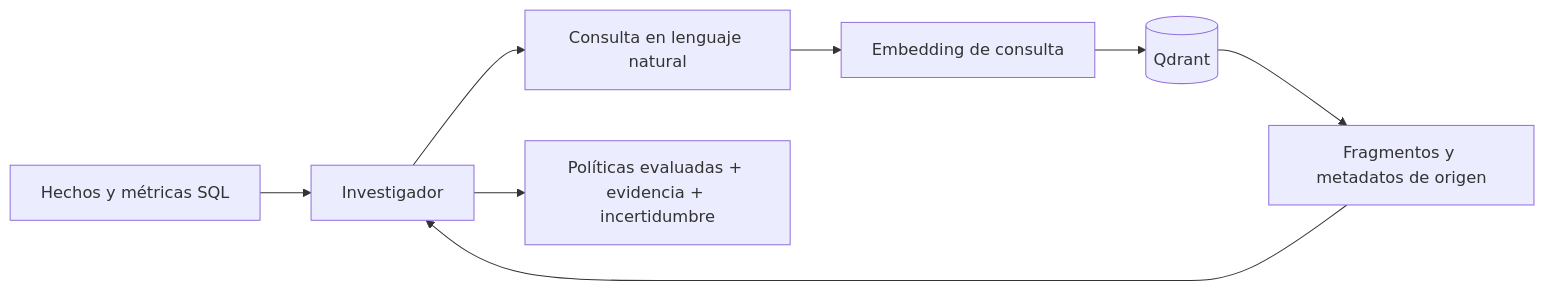
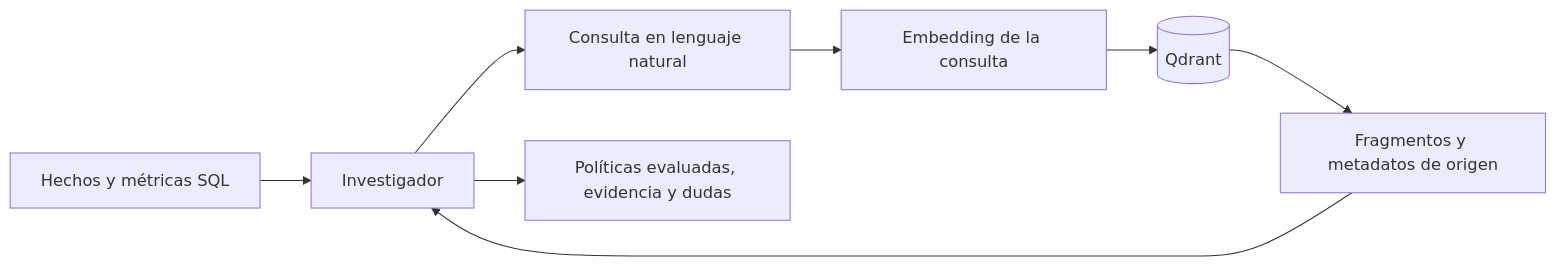
Before and after one commit to estelucero/prueba-tecnica-meli: the diagram in RAG.md, drawn with Mermaid. The commit also changed other lines of this file and 4 other files, not shown here.

````diff
--- a/RAG.md
+++ b/RAG.md
@@ -11,10 +13,10 @@
 ```mermaid
 flowchart LR
     I[Hechos y métricas SQL] --> A[Investigador]
     A --> S[Consulta en lenguaje natural]
-    S --> E[Embedding de consulta]
+    S --> E[Embedding de la consulta]
     E --> Q[(Qdrant)]
     Q --> D[Fragmentos y metadatos de origen]
     D --> A
-    A --> O[Políticas evaluadas + evidencia + incertidumbre]
+    A --> O[Políticas evaluadas, evidencia y dudas]
 ```
````
